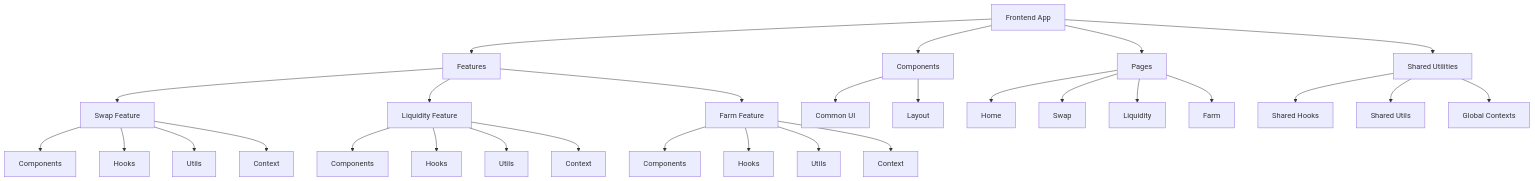
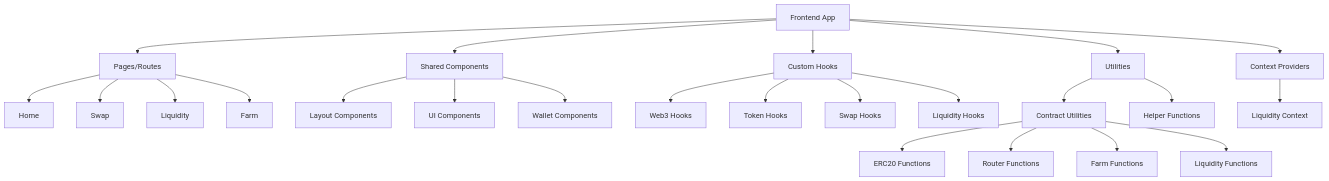
One commit to AlbertLei-Web3/AIHarvest2.0 changed the diagram in frontend/README.md. Above: the diagram before and after it, drawn with Mermaid. The commit also changed other lines of this file and 1 other file, not shown here.

````diff
--- a/frontend/README.md
+++ b/frontend/README.md
@@ -126,45 +192,34 @@
 ```mermaid
 graph TD
     App[Frontend App]
     
-    Features[Features]
-    Components[Components]
-    Pages[Pages]
-    Shared[Shared Utilities]
+    App --> Pages[Pages/Routes]
+    App --> Components[Shared Components]
+    App --> Hooks[Custom Hooks]
+    App --> Utils[Utilities]
+    App --> Context[Context Providers]
     
-    App --> Features
-    App --> Components
-    App --> Pages
-    App --> Shared
-    
-    Features --> Swap[Swap Feature]
-    Features --> Liquidity[Liquidity Feature]
-    Features --> Farm[Farm Feature]
-    
-    Swap --> SwapComponents[Components]
-    Swap --> SwapHooks[Hooks]
-    Swap --> SwapUtils[Utils]
-    Swap --> SwapContext[Context]
-    
-    Liquidity --> LiquidityComponents[Components]
-    Liquidity --> LiquidityHooks[Hooks]
-    Liquidity --> LiquidityUtils[Utils]
-    Liquidity --> LiquidityContext[Context]
-    
-    Farm --> FarmComponents[Components]
-    Farm --> FarmHooks[Hooks]
-    Farm --> FarmUtils[Utils]
-    Farm --> FarmContext[Context]
-    
-    Components --> Common[Common UI]
-    Components --> Layout[Layout]
-    
-    Pages --> HomePage[Home]
+    Pages --> Homepage[Home]
     Pages --> SwapPage[Swap]
     Pages --> LiquidityPage[Liquidity]
     Pages --> FarmPage[Farm]
     
-    Shared --> Hooks[Shared Hooks]
-    Shared --> Utils[Shared Utils]
-    Shared --> Contexts[Global Contexts]
+    Components --> Layout[Layout Components]
+    Components --> UI[UI Components]
+    Components --> Wallet[Wallet Components]
+    
+    Hooks --> Web3[Web3 Hooks]
+    Hooks --> TokenHooks[Token Hooks]
+    Hooks --> SwapHooks[Swap Hooks]
+    Hooks --> LiquidityHooks[Liquidity Hooks]
+    
+    Utils --> Contracts[Contract Utilities]
+    Utils --> Helpers[Helper Functions]
+    
+    Context --> LiquidityContext[Liquidity Context]
+    
+    Contracts --> ERC20[ERC20 Functions]
+    Contracts --> Router[Router Functions]
+    Contracts --> Farm[Farm Functions]
+    Contracts --> Liquidity[Liquidity Functions]
 ```
````
